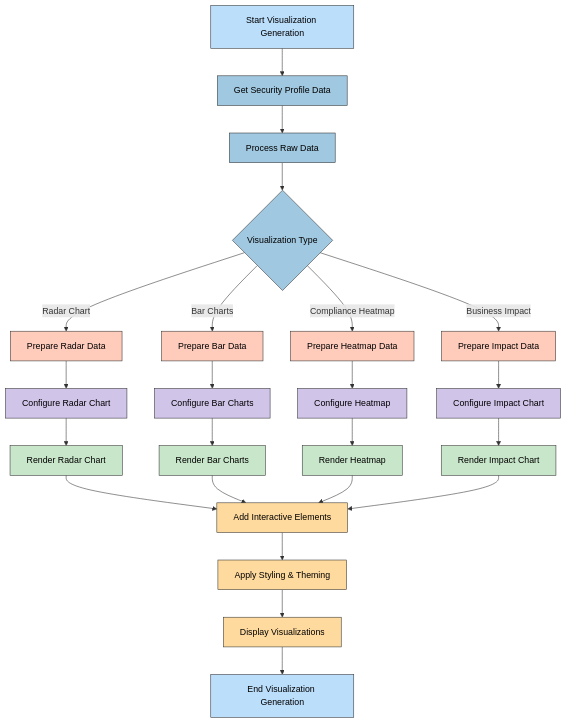
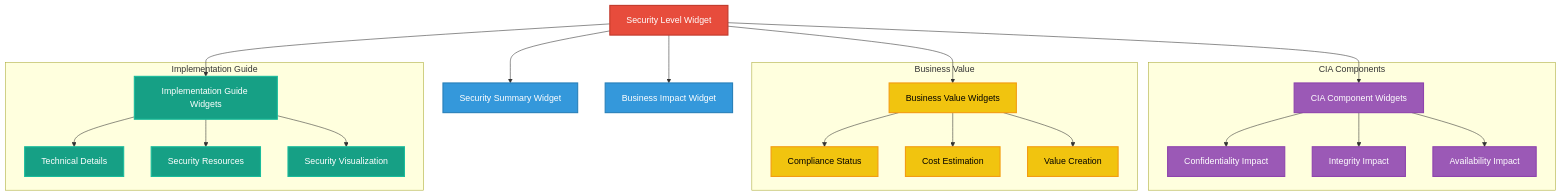
One commit to Hack23/cia-compliance-manager changed the fifth of 5 diagrams in docs/architecture/FLOWCHART.md. Above: the diagram before and after it, drawn with Mermaid. The commit also changed other lines of this file and 7 other files, not shown here.

First line of the commit message:
Enhance documentation for CIA Compliance Manager CI/CD workflows (#208)

````diff
--- a/docs/architecture/FLOWCHART.md
+++ b/docs/architecture/FLOWCHART.md
@@ -255,42 +150,42 @@
 ```mermaid
 flowchart TD
-    A[Start Visualization Generation] --> B[Get Security Profile Data]
-    B --> C[Process Raw Data]
-    C --> D{Visualization Type}
+    SLW[Security Level Widget] --> SSW[Security Summary Widget]
+    SLW --> BIAW[Business Impact Widget]
+    SLW --> CIA[CIA Component Widgets]
+    SLW --> BV[Business Value Widgets]
+    SLW --> IG[Implementation Guide Widgets]
     
-    D -->|Radar Chart| E1[Prepare Radar Data]
-    D -->|Bar Charts| E2[Prepare Bar Data]
-    D -->|Compliance Heatmap| E3[Prepare Heatmap Data]
-    D -->|Business Impact| E4[Prepare Impact Data]
+    subgraph "CIA Components"
+        CIA --> CIW[Confidentiality Impact]
+        CIA --> IIW[Integrity Impact]
+        CIA --> AIW[Availability Impact]
+    end
     
-    E1 --> F1[Configure Radar Chart]
-    E2 --> F2[Configure Bar Charts]
-    E3 --> F3[Configure Heatmap]
-    E4 --> F4[Configure Impact Chart]
+    subgraph "Business Value"
+        BV --> CSW[Compliance Status]
+        BV --> CEW[Cost Estimation]
+        BV --> VCW[Value Creation]
+    end
     
-    F1 --> G1[Render Radar Chart]
-    F2 --> G2[Render Bar Charts]
-    F3 --> G3[Render Heatmap]
-    F4 --> G4[Render Impact Chart]
+    subgraph "Implementation Guide"
+        IG --> TDW[Technical Details]
+        IG --> SRW[Security Resources]
+        IG --> SVW[Security Visualization]
+    end
     
-    G1 & G2 & G3 & G4 --> H[Add Interactive Elements]
-    H --> I[Apply Styling & Theming]
-    I --> J[Display Visualizations]
-    J --> K[End Visualization Generation]
-
-    %% Cool color scheme
-    classDef startState fill:#bbdefb,stroke:#333,stroke-width:1px,color:black
-    classDef process fill:#a0c8e0,stroke:#333,stroke-width:1px,color:black
-    classDef dataPrep fill:#ffccbc,stroke:#333,stroke-width:1px,color:black
-    classDef config fill:#d1c4e9,stroke:#333,stroke-width:1px,color:black
-    classDef render fill:#c8e6c9,stroke:#333,stroke-width:1px,color:black
-    classDef present fill:#ffda9e,stroke:#333,stroke-width:1px,color:black
-    classDef endState fill:#86b5d9,stroke:#333,stroke-width:1px,color:black
-
-    class A,K startState
-    class B,C,D process
-    class E1,E2,E3,E4 dataPrep
-    class F1,F2,F3,F4 config
-    class G1,G2,G3,G4 render
-    class H,I,J present
+    %% Apply styles using class definitions
+    classDef core fill:#e74c3c,stroke:#c0392b,stroke-width:2px,color:white
+    classDef assessment fill:#3498db,stroke:#2980b9,stroke-width:2px,color:white
+    classDef cia fill:#9b59b6,stroke:#8e44ad,stroke-width:2px,color:white
+    classDef business fill:#f1c40f,stroke:#f39c12,stroke-width:2px,color:black
+    classDef implementation fill:#16a085,stroke:#1abc9c,stroke-width:2px,color:white
+    classDef confidentiality fill:#8e44ad,stroke:#6c3483,stroke-width:2px,color:white
+    classDef integrity fill:#27ae60,stroke:#1e8449,stroke-width:2px,color:white
+    classDef availability fill:#2980b9,stroke:#2471a3,stroke-width:2px,color:white
+    
+    class SLW core
+    class SSW,BIAW assessment
+    class CIA,CIW,IIW,AIW cia
+    class BV,CSW,CEW,VCW business
+    class IG,TDW,SRW,SVW implementation
 ```
````
